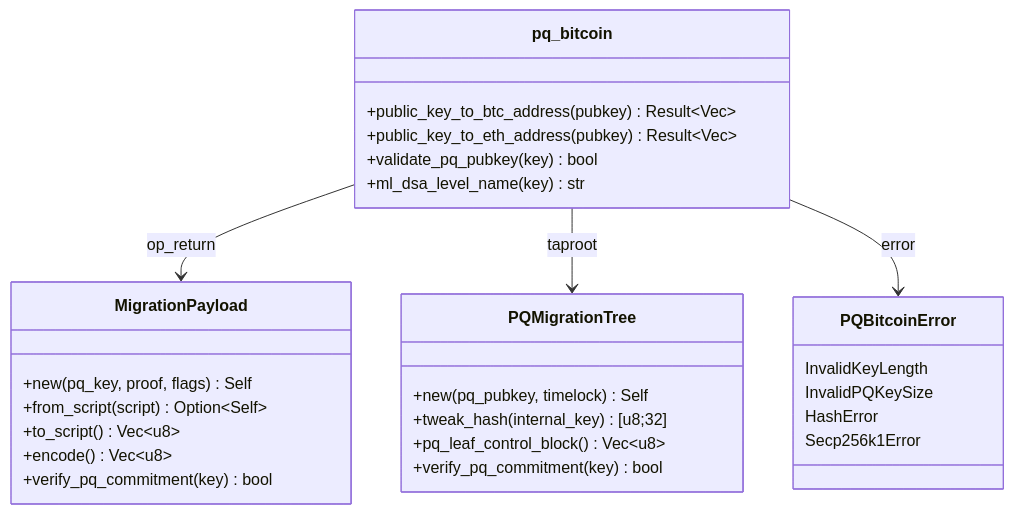
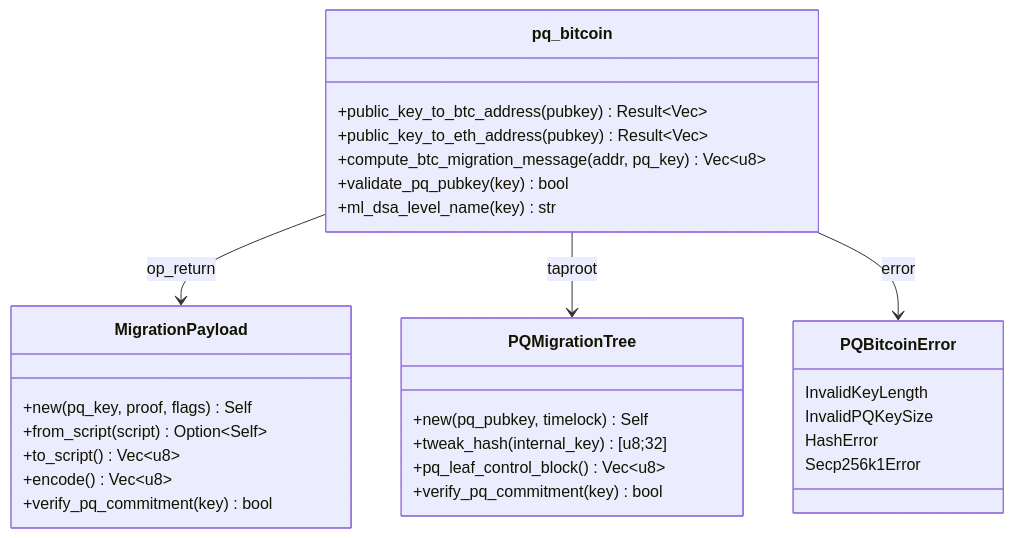
Before and after one commit to skardas/pq_bitcoin: the second of 9 diagrams in README.md, drawn with Mermaid. The commit also changed other lines of this file and 5 other files, not shown here.

First line of the commit message:
feat: align BTC circuit ECDSA message with paper Section 6.1

````diff
--- a/README.md
+++ b/README.md
@@ -69,35 +69,36 @@
 ```mermaid
 classDiagram
     class pq_bitcoin {
         +public_key_to_btc_address(pubkey) Result~Vec~
         +public_key_to_eth_address(pubkey) Result~Vec~
+        +compute_btc_migration_message(addr, pq_key) Vec~u8~
         +validate_pq_pubkey(key) bool
         +ml_dsa_level_name(key) str
     }
 
     class MigrationPayload {
         +new(pq_key, proof, flags) Self
         +from_script(script) Option~Self~
         +to_script() Vec~u8~
         +encode() Vec~u8~
         +verify_pq_commitment(key) bool
     }
 
     class PQMigrationTree {
         +new(pq_pubkey, timelock) Self
         +tweak_hash(internal_key) [u8;32]
         +pq_leaf_control_block() Vec~u8~
         +verify_pq_commitment(key) bool
     }
 
     class PQBitcoinError {
         InvalidKeyLength
         InvalidPQKeySize
         HashError
         Secp256k1Error
     }
 
     pq_bitcoin --> MigrationPayload : op_return
     pq_bitcoin --> PQMigrationTree : taproot
     pq_bitcoin --> PQBitcoinError : error
 ```
````
